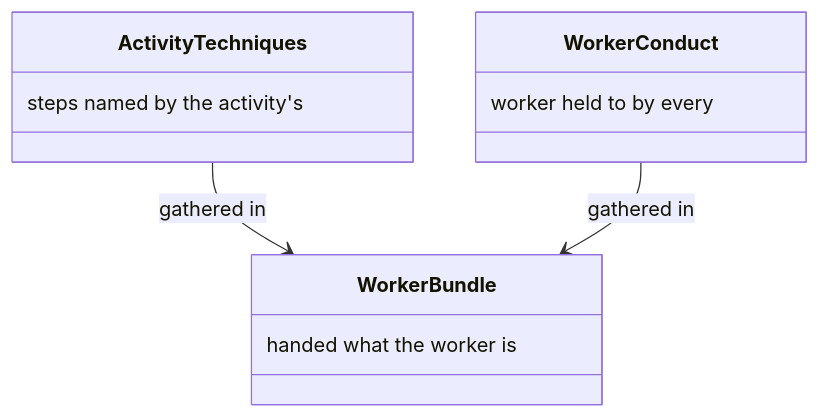
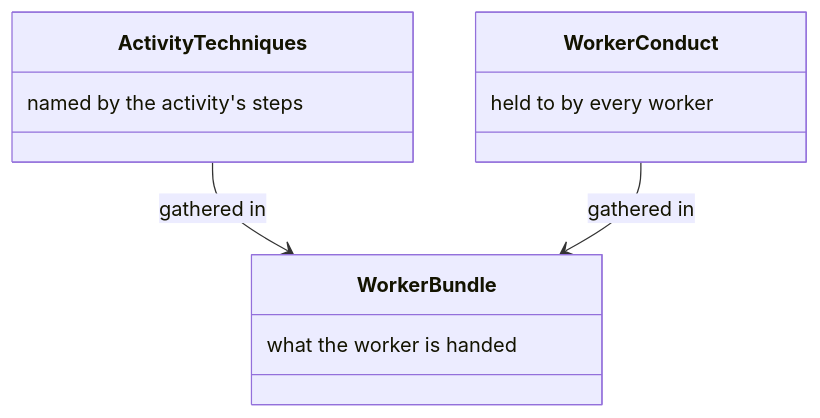
The sixth of 26 diagrams in docs/delivery.md (m2ux/workflow-server), drawn with Mermaid before and after one commit. The commit also changed other lines of this file and 10 other files, not shown here.

Commit message:
Write each class-box note in reading order so the diagram shows the phrase as written.

````diff
--- a/docs/delivery.md
+++ b/docs/delivery.md
@@ -125,14 +125,14 @@
 ```mermaid
 classDiagram
   class ActivityTechniques {
-    steps named by the activity's
+    named by the activity's steps
   }
   class WorkerConduct {
-    worker held to by every
+    held to by every worker
   }
   class WorkerBundle {
-    handed what the worker is
+    what the worker is handed
   }
   ActivityTechniques --> WorkerBundle : gathered in
   WorkerConduct --> WorkerBundle : gathered in
 ```
````
